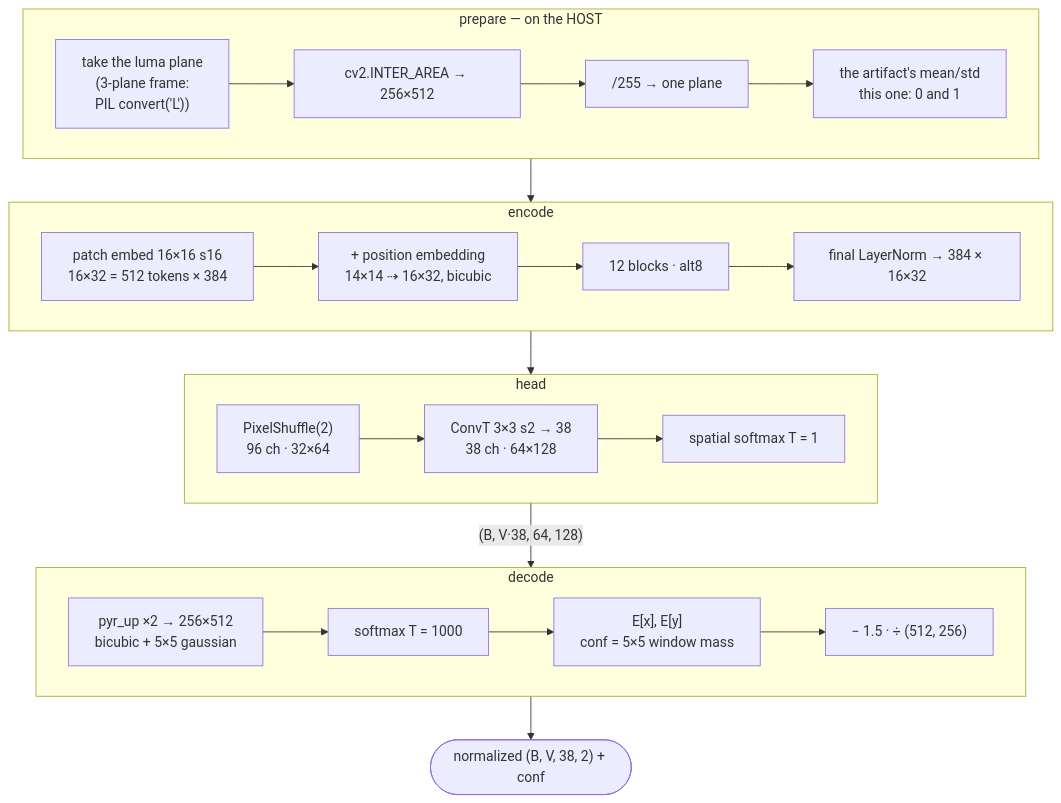
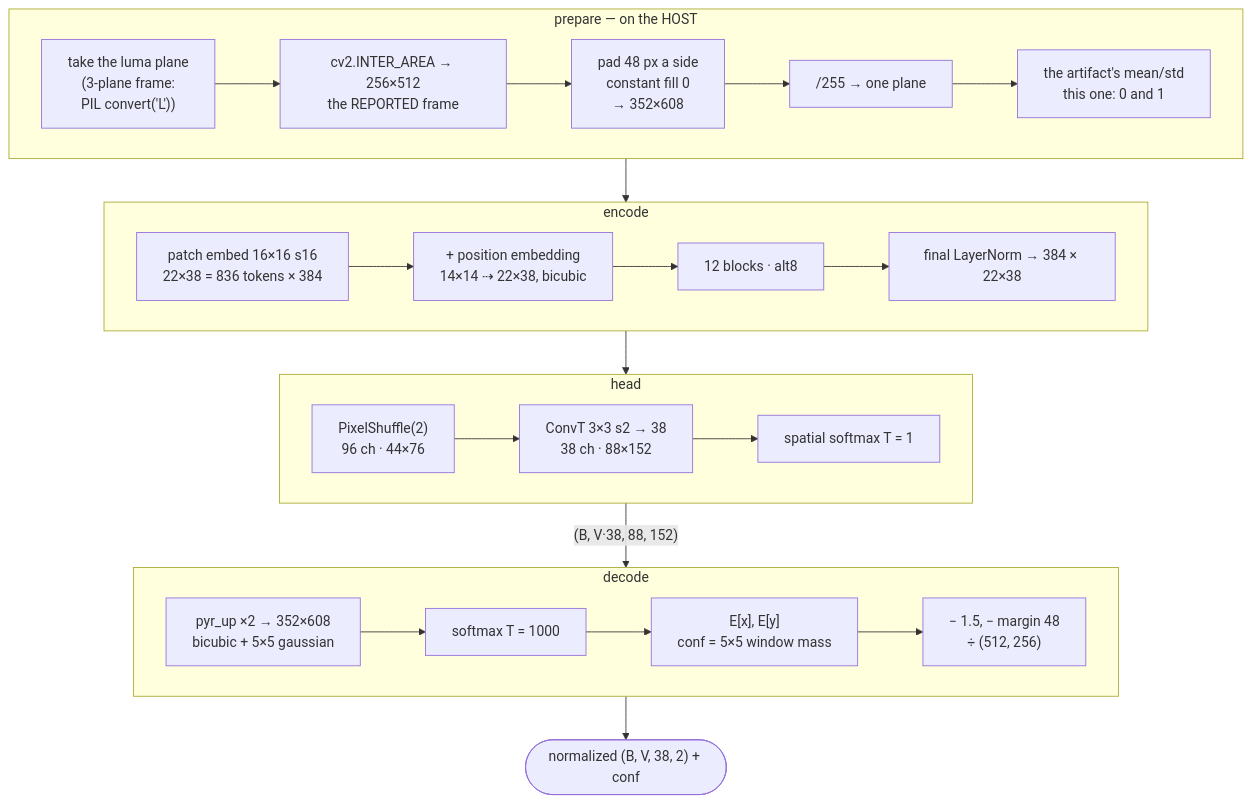
One commit to NeLy-EPFL/deeperfly changed the seventh of 7 diagrams in docs/explanation/detectors.md. Above: the diagram before and after it, drawn with Mermaid. The commit also changed other lines of this file and 14 other files, not shown here.

````diff
--- a/docs/explanation/detectors.md
+++ b/docs/explanation/detectors.md
@@ -389,42 +395,43 @@
 ```mermaid
 flowchart TD
   subgraph PREP["prepare — on the HOST"]
     direction LR
     p1["take the luma plane<br>(3-plane frame:<br>PIL convert('L'))"]
-    p2["cv2.INTER_AREA → 256×512"]
+    p2["cv2.INTER_AREA → 256×512<br>the REPORTED frame"]
+    p2b["pad 48 px a side<br>constant fill 0<br>→ 352×608"]
     p3["/255 → one plane"]
     p4["the artifact's mean/std<br>this one: 0 and 1"]
-    p1 --> p2 --> p3 --> p4
+    p1 --> p2 --> p2b --> p3 --> p4
   end
 
   subgraph ENC["encode"]
     direction LR
-    e1["patch embed 16×16 s16<br>16×32 = 512 tokens × 384"]
-    e2["+ position embedding<br>14×14 ⇢ 16×32, bicubic"]
+    e1["patch embed 16×16 s16<br>22×38 = 836 tokens × 384"]
+    e2["+ position embedding<br>14×14 ⇢ 22×38, bicubic"]
     e3["12 blocks · alt8"]
-    e4["final LayerNorm → 384 × 16×32"]
+    e4["final LayerNorm → 384 × 22×38"]
     e1 --> e2 --> e3 --> e4
   end
 
   subgraph HEAD["head"]
     direction LR
-    h1["PixelShuffle(2)<br>96 ch · 32×64"]
-    h2["ConvT 3×3 s2 → 38<br>38 ch · 64×128"]
+    h1["PixelShuffle(2)<br>96 ch · 44×76"]
+    h2["ConvT 3×3 s2 → 38<br>38 ch · 88×152"]
     h3["spatial softmax T = 1"]
     h1 --> h2 --> h3
   end
 
   subgraph DEC["decode"]
     direction LR
-    d1["pyr_up ×2 → 256×512<br>bicubic + 5×5 gaussian"]
+    d1["pyr_up ×2 → 352×608<br>bicubic + 5×5 gaussian"]
     d2["softmax T = 1000"]
     d3["E[x], E[y]<br>conf = 5×5 window mass"]
-    d4["− 1.5 · ÷ (512, 256)"]
+    d4["− 1.5, − margin 48<br>÷ (512, 256)"]
     d1 --> d2 --> d3 --> d4
   end
 
   PREP --> ENC
   ENC --> HEAD
-  HEAD -->|"(B, V·38, 64, 128)"| DEC
+  HEAD -->|"(B, V·38, 88, 152)"| DEC
   DEC --> out(["normalized (B, V, 38, 2) + conf"])
 ```
````
